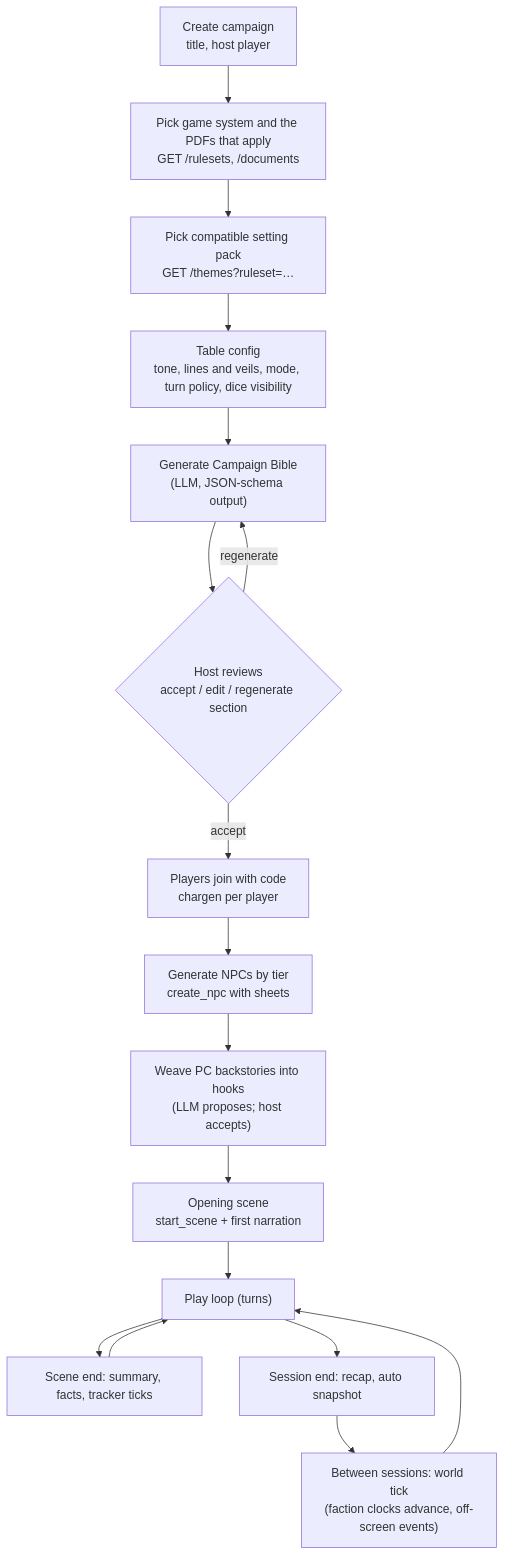
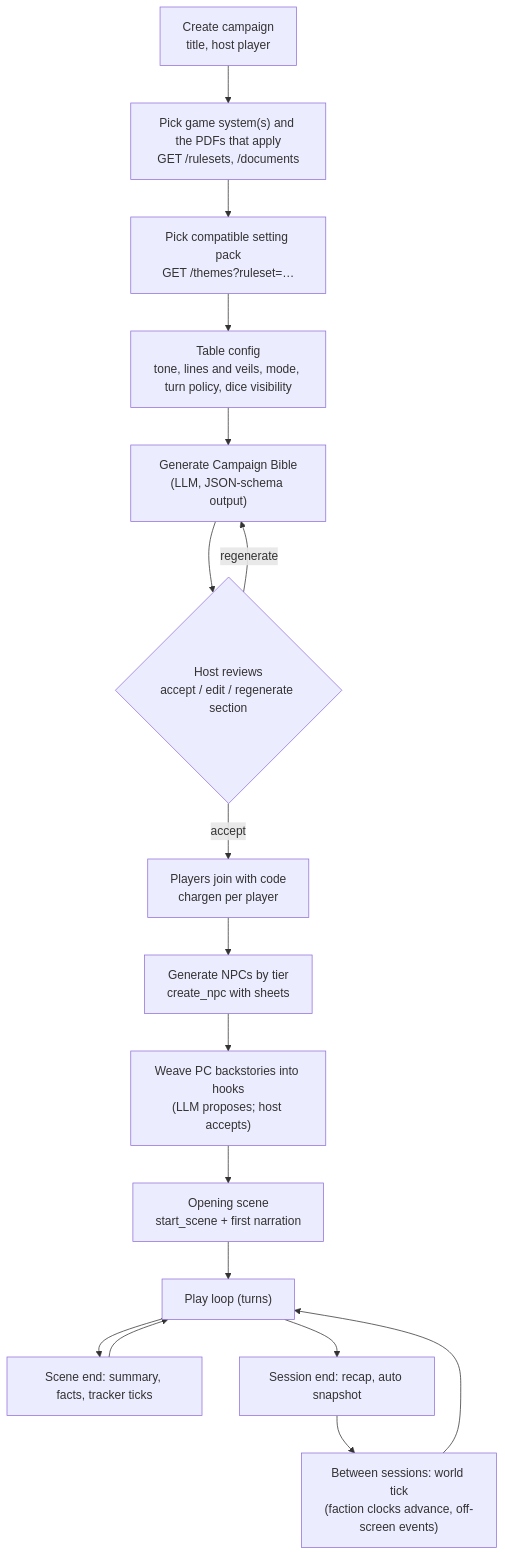
One commit to misears/Storyteller-AI-Agent changed the sixth of 7 diagrams in docs/STORYTELLER_PLAN.md. Above: the diagram before and after it, drawn with Mermaid. The commit also changed other lines of this file and 2 other files, not shown here.

Commit message:
docs: apply owner answers (WoD lines + cross-genre, SRD proof, 8GB local models + switcher, login picker, max 10 players, PDFs visible)

````diff
--- a/docs/STORYTELLER_PLAN.md
+++ b/docs/STORYTELLER_PLAN.md
@@ -1559,19 +1684,19 @@
 ```mermaid
 flowchart TD
-    A["Create campaign<br/>title, host player"] --> B["Pick game system and the PDFs that apply<br/>GET /rulesets, /documents"]
+    A["Create campaign<br/>title, host player"] --> B["Pick game system(s) and the PDFs that apply<br/>GET /rulesets, /documents"]
     B --> C["Pick compatible setting pack<br/>GET /themes?ruleset=…"]
     C --> D["Table config<br/>tone, lines and veils, mode, turn policy, dice visibility"]
     D --> E["Generate Campaign Bible<br/>(LLM, JSON-schema output)"]
     E --> F{"Host reviews<br/>accept / edit / regenerate section"}
     F -- regenerate --> E
     F -- accept --> G["Players join with code<br/>chargen per player"]
     G --> H["Generate NPCs by tier<br/>create_npc with sheets"]
     H --> I["Weave PC backstories into hooks<br/>(LLM proposes; host accepts)"]
     I --> J["Opening scene<br/>start_scene + first narration"]
     J --> K["Play loop (turns)"]
     K --> L["Scene end: summary, facts, tracker ticks"]
     L --> K
     K --> M["Session end: recap, auto snapshot"]
     M --> N["Between sessions: world tick<br/>(faction clocks advance, off-screen events)"]
     N --> K
 ```
````
